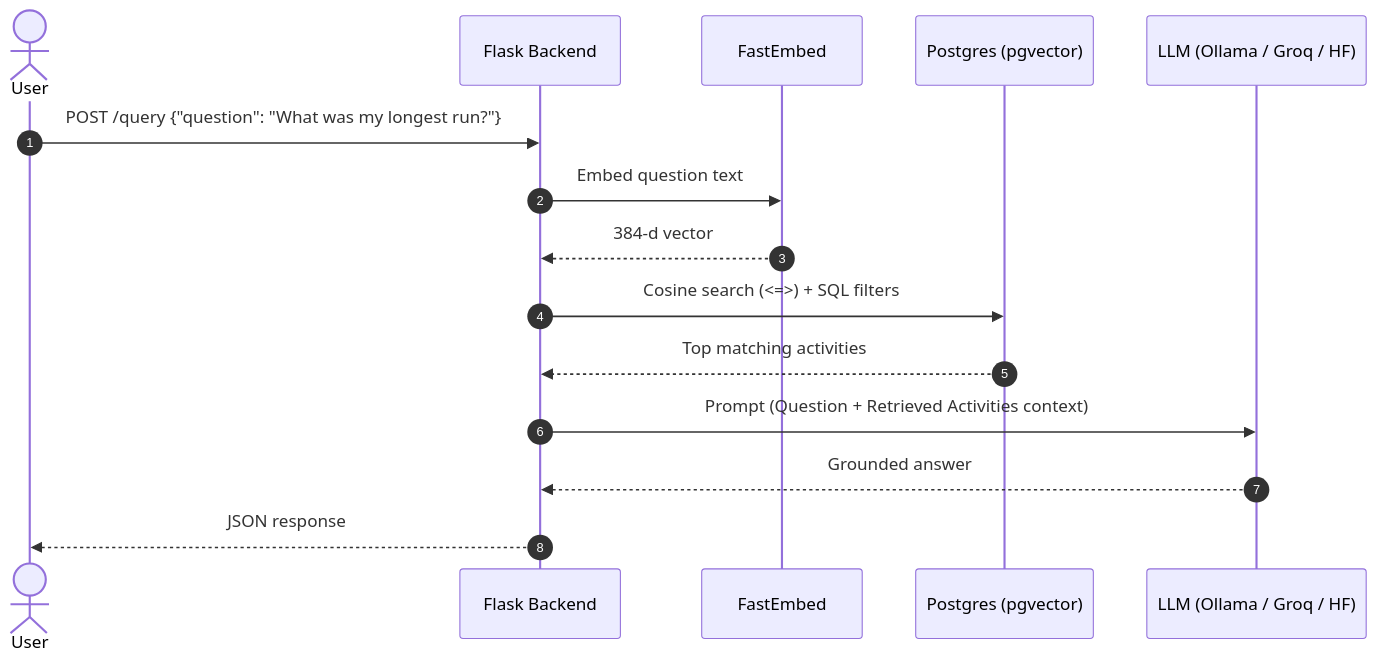
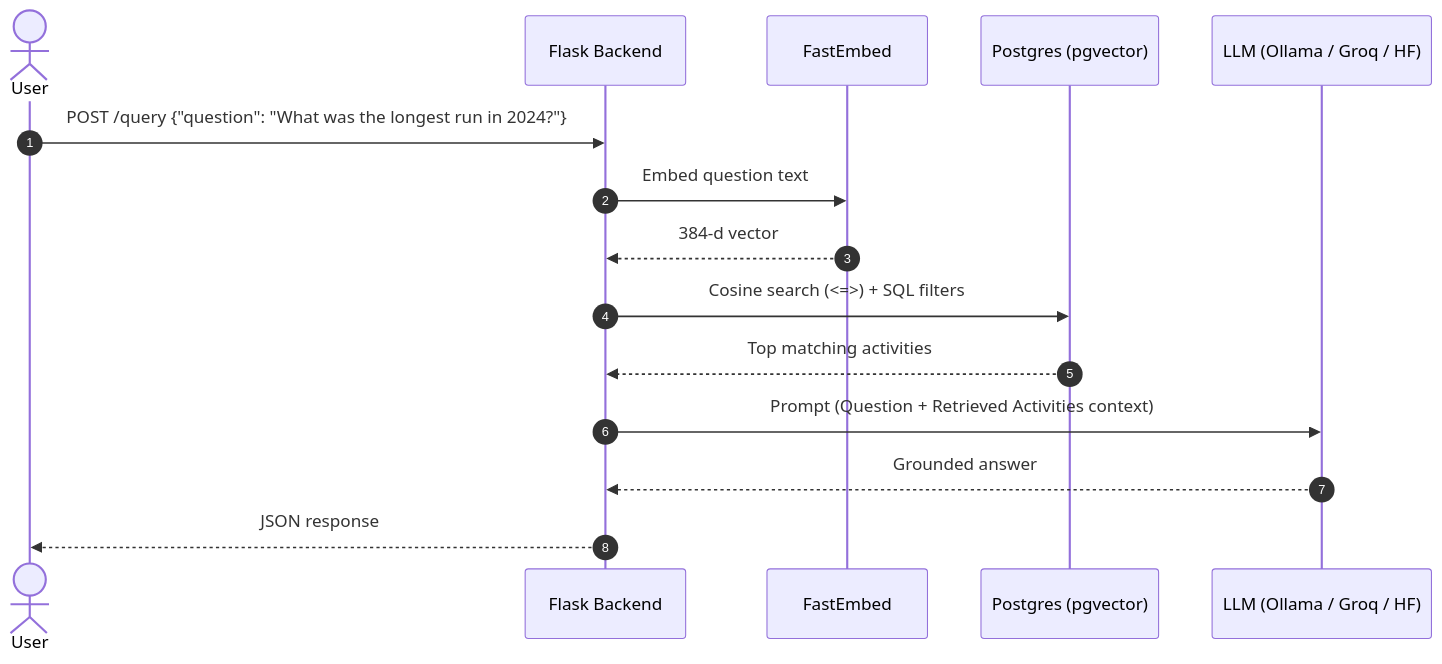
One commit to pugmarx/strava-insights-rag changed the second of 3 diagrams in readme.md. Above: the diagram before and after it, drawn with Mermaid. The commit also changed other lines of this file and 1 other file, not shown here.

Commit message:
ui, docs: bound example queries with years and update placeholder

````diff
--- a/readme.md
+++ b/readme.md
@@ -50,18 +50,18 @@
 ```mermaid
 sequenceDiagram
     autonumber
     actor User
     participant API as Flask Backend
     participant Embed as FastEmbed
     participant DB as Postgres (pgvector)
     participant LLM as LLM (Ollama / Groq / HF)
 
-    User->>API: POST /query {"question": "What was my longest run?"}
+    User->>API: POST /query {"question": "What was the longest run in 2024?"}
     API->>Embed: Embed question text
     Embed-->>API: 384-d vector
     API->>DB: Cosine search (<=>) + SQL filters
     DB-->>API: Top matching activities
     API->>LLM: Prompt (Question + Retrieved Activities context)
     LLM-->>API: Grounded answer
     API-->>User: JSON response
 ```
````
